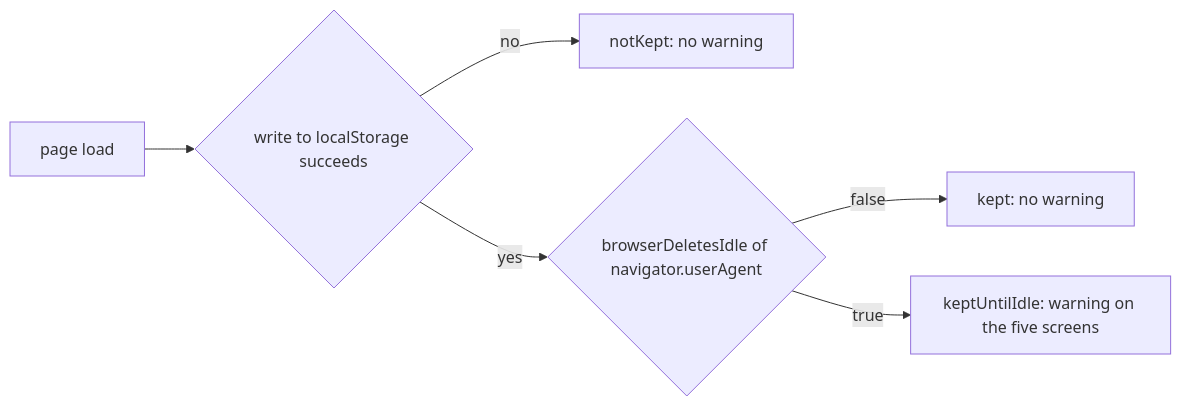
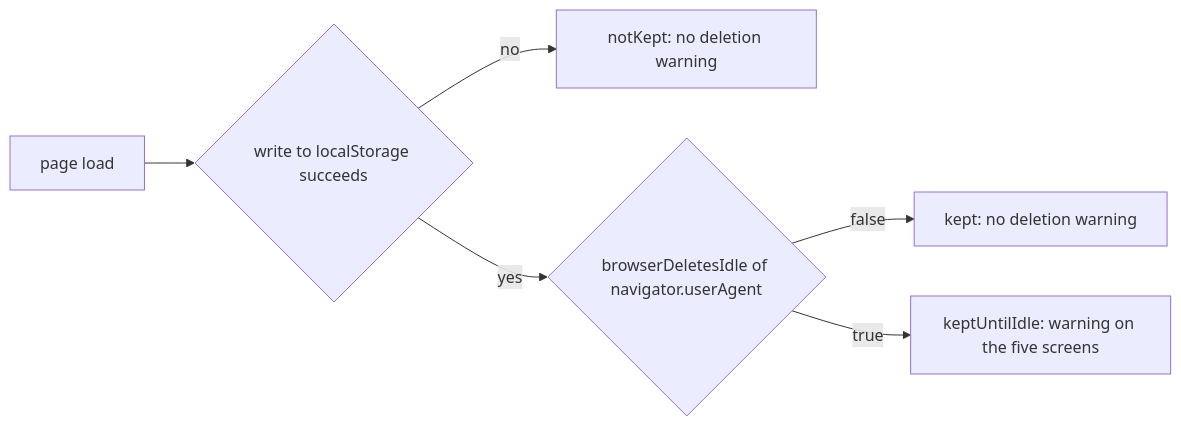
Before and after one commit to simplex-chat/simplex-chat: the diagram in plans/2026-11-17-badges-browser-deletes-codes.md, drawn with Mermaid. The commit also changed other lines of this file, not shown here.

````diff
--- a/plans/2026-11-17-badges-browser-deletes-codes.md
+++ b/plans/2026-11-17-badges-browser-deletes-codes.md
@@ -49,8 +49,8 @@
 ```mermaid
 flowchart LR
   load[page load] --> w0{write to localStorage succeeds}
-  w0 -->|no| nk[notKept: no warning]
+  w0 -->|no| nk[notKept: no deletion warning]
   w0 -->|yes| d{browserDeletesIdle of navigator.userAgent}
-  d -->|false| k[kept: no warning]
+  d -->|false| k[kept: no deletion warning]
   d -->|true| u[keptUntilIdle: warning on the five screens]
 ```
````
